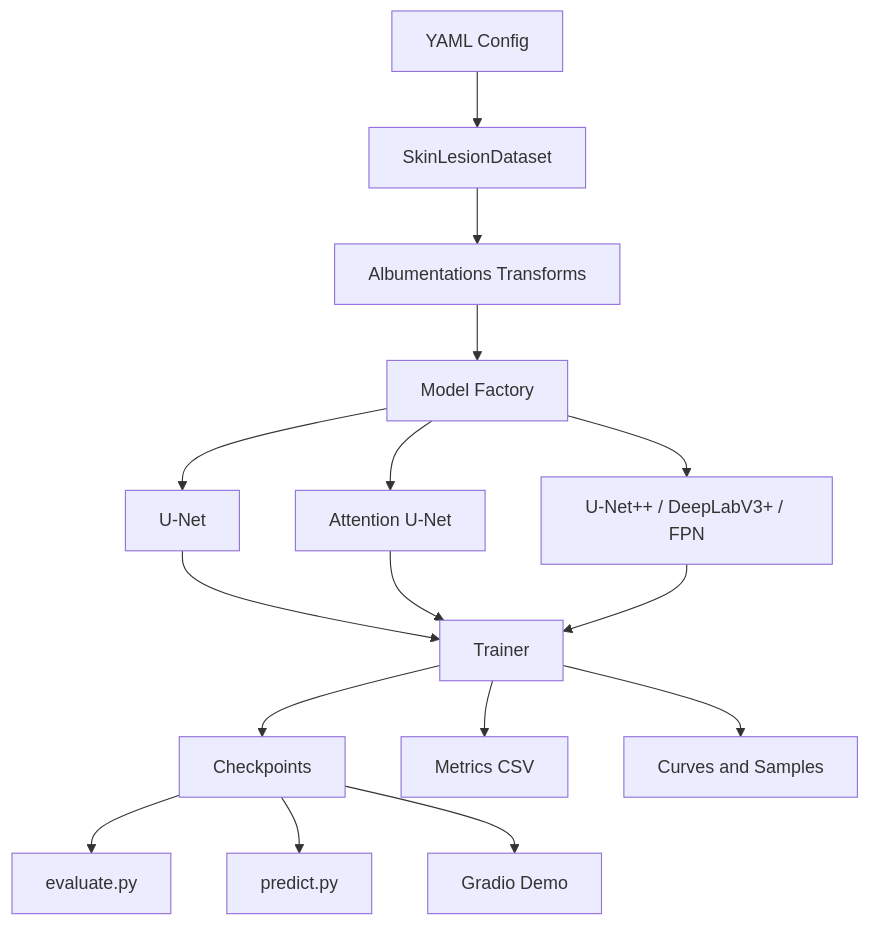
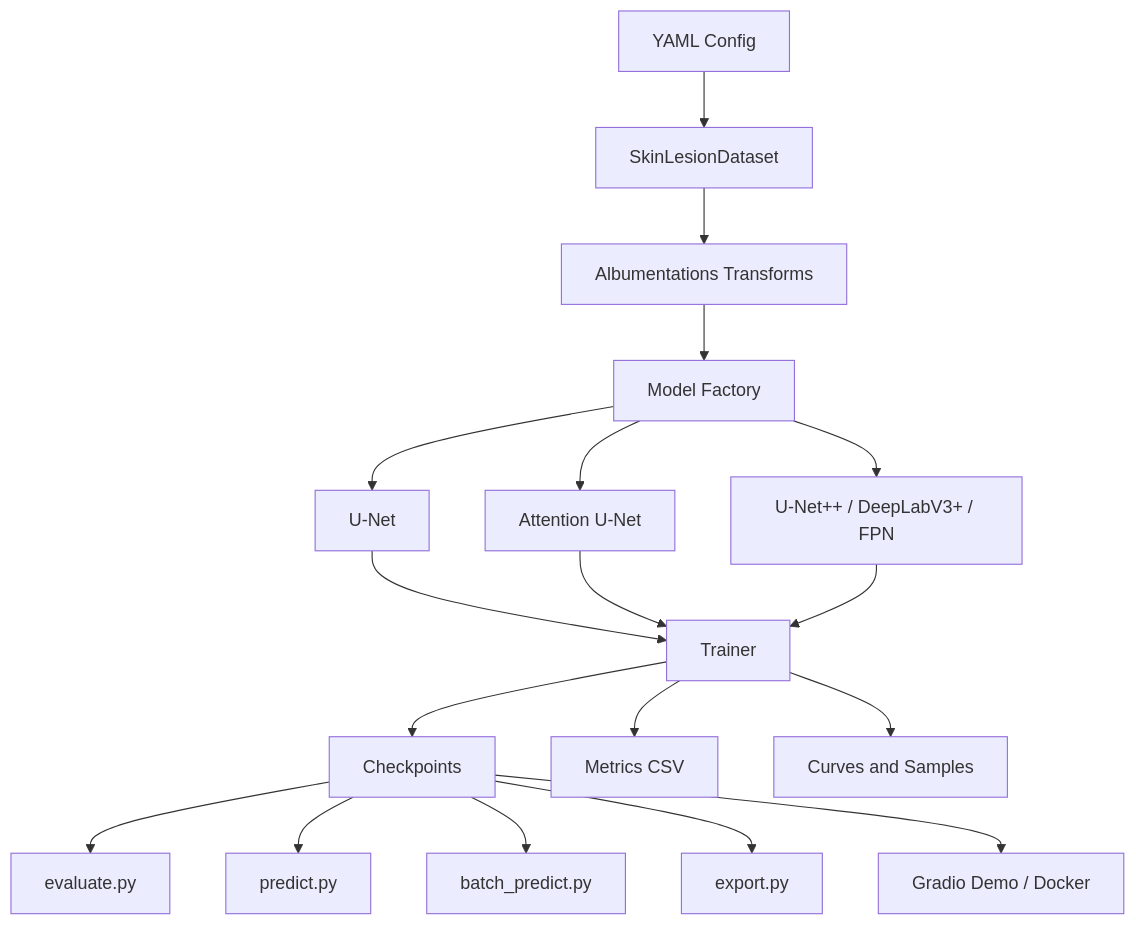
The diagram in README.md (dongtingshuo/medical-image-segmentation), drawn with Mermaid before and after one commit. The commit also changed other lines of this file and 17 other files, not shown here.

Commit message:
Add deployment export and batch prediction tools

````diff
--- a/README.md
+++ b/README.md
@@ -89,18 +95,20 @@
 ```mermaid
 flowchart TD
     A["YAML Config"] --> B["SkinLesionDataset"]
     B --> C["Albumentations Transforms"]
     C --> D["Model Factory"]
     D --> E1["U-Net"]
     D --> E2["Attention U-Net"]
     D --> E3["U-Net++ / DeepLabV3+ / FPN"]
     E1 --> F["Trainer"]
     E2 --> F
     E3 --> F
     F --> G["Checkpoints"]
     F --> H["Metrics CSV"]
     F --> I["Curves and Samples"]
     G --> J["evaluate.py"]
     G --> K["predict.py"]
-    G --> L["Gradio Demo"]
+    G --> L["batch_predict.py"]
+    G --> M["export.py"]
+    G --> N["Gradio Demo / Docker"]
 ```
````
